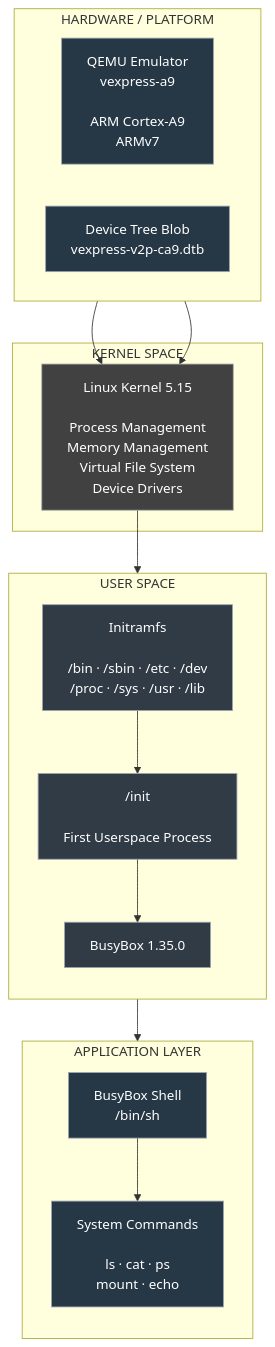
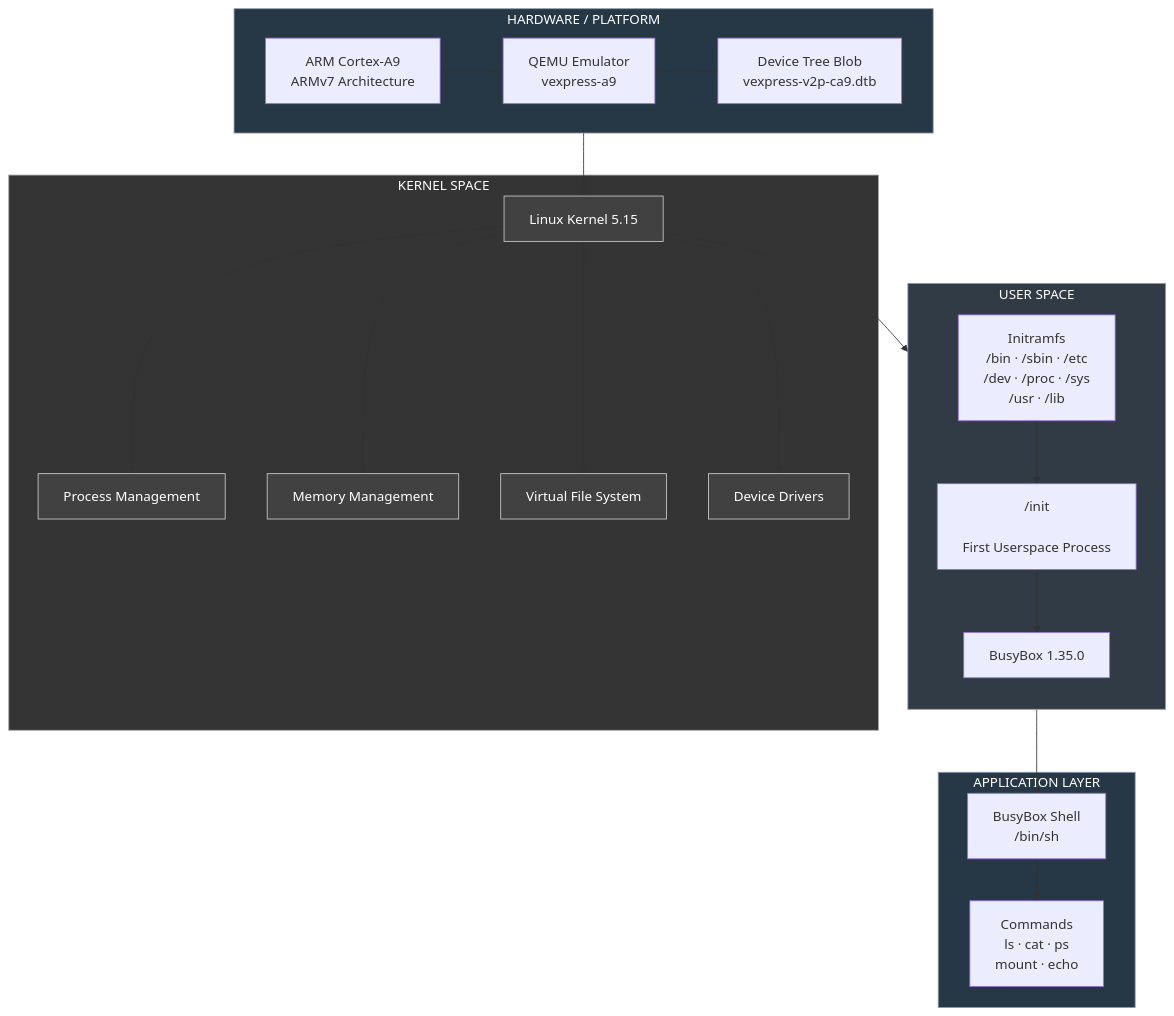
Before and after one commit to BenKRT0619/LinuxLab1: the first of 3 diagrams in README.md, drawn with Mermaid.

Commit message:
README.md

````diff
--- a/README.md
+++ b/README.md
@@ -41,46 +41,58 @@
 ```mermaid
 flowchart TB
 
-    subgraph PLATFORM["HARDWARE / PLATFORM"]
+    subgraph HW["HARDWARE / PLATFORM"]
         direction LR
-        A["QEMU Emulator<br/>vexpress-a9<br/><br/>ARM Cortex-A9<br/>ARMv7"]
-        B["Device Tree Blob<br/>vexpress-v2p-ca9.dtb"]
+        CPU["ARM Cortex-A9<br/>ARMv7 Architecture"]
+        QEMU["QEMU Emulator<br/>vexpress-a9"]
+        DTB["Device Tree Blob<br/>vexpress-v2p-ca9.dtb"]
+
+        CPU --- QEMU
+        QEMU --- DTB
     end
 
-    subgraph KERNEL["KERNEL SPACE"]
-        C["Linux Kernel 5.15<br/><br/>Process Management<br/>Memory Management<br/>Virtual File System<br/>Device Drivers"]
+    subgraph KS["KERNEL SPACE"]
+        K["Linux Kernel 5.15"]
+        PM["Process Management"]
+        MM["Memory Management"]
+        VFS["Virtual File System"]
+        DRV["Device Drivers"]
+
+        K --> PM
+        K --> MM
+        K --> VFS
+        K --> DRV
     end
 
-    subgraph USER["USER SPACE"]
+    subgraph US["USER SPACE"]
         direction TB
-        D["Initramfs<br/><br/>/bin · /sbin · /etc · /dev<br/>/proc · /sys · /usr · /lib"]
-        E["/init<br/><br/>First Userspace Process"]
-        F["BusyBox 1.35.0"]
+        IR["Initramfs<br/>/bin · /sbin · /etc<br/>/dev · /proc · /sys<br/>/usr · /lib"]
+        INIT["/init<br/><br/>First Userspace Process"]
+        BB["BusyBox 1.35.0"]
 
-        D --> E
-        E --> F
+        IR --> INIT
+        INIT --> BB
     end
 
     subgraph APP["APPLICATION LAYER"]
-        direction TB
-        G["BusyBox Shell<br/>/bin/sh"]
-        H["System Commands<br/><br/>ls · cat · ps<br/>mount · echo"]
+        SH["BusyBox Shell<br/>/bin/sh"]
+        CMD["Commands<br/>ls · cat · ps<br/>mount · echo"]
 
-        G --> H
+        SH --> CMD
     end
 
-    A --> C
-    B --> C
-    C --> E
-    F --> G
+    HW --> K
+    K --> INIT
+    BB --> SH
 
-    classDef hardware fill:#263746,stroke:#9ca3af,color:#ffffff
-    classDef kernel fill:#414141,stroke:#aaaaaa,color:#ffffff
-    classDef userspace fill:#303b46,stroke:#9ca3af,color:#ffffff
-    classDef application fill:#263746,stroke:#9ca3af,color:#ffffff
+    style HW fill:#263746,stroke:#8b9aaa,color:#ffffff
+    style KS fill:#343434,stroke:#aaaaaa,color:#ffffff
+    style US fill:#303b46,stroke:#8b9aaa,color:#ffffff
+    style APP fill:#263746,stroke:#8b9aaa,color:#ffffff
 
-    class A,B hardware
-    class C kernel
-    class D,E,F userspace
-    class G,H application
+    style K fill:#414141,stroke:#cccccc,color:#ffffff
+    style PM fill:#414141,stroke:#cccccc,color:#ffffff
+    style MM fill:#414141,stroke:#cccccc,color:#ffffff
+    style VFS fill:#414141,stroke:#cccccc,color:#ffffff
+    style DRV fill:#414141,stroke:#cccccc,color:#ffffff
 ```
````
